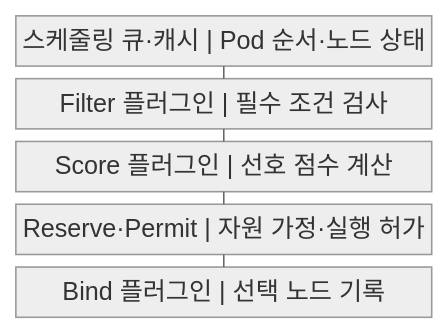
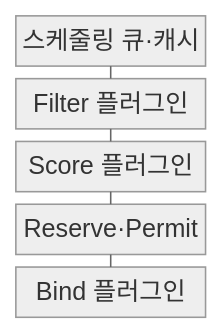
The first of 2 diagrams in src/content/docs/notes/03-software/154_kubernetes_pod_scheduling.md (agnusdei1207/knowledge-base), drawn with Mermaid (neutral theme) before and after one commit. The commit also changed other lines of this file and 238 other files, not shown here.

````diff
--- a/src/content/docs/notes/03-software/154_kubernetes_pod_scheduling.md
+++ b/src/content/docs/notes/03-software/154_kubernetes_pod_scheduling.md
@@ -56,13 +56,13 @@
 ```mermaid
-block
+block-beta
     columns 1
-    A["스케줄링 큐·캐시 | Pod 순서·노드 상태"]
-    B["Filter 플러그인 | 필수 조건 검사"]
-    C["Score 플러그인 | 선호 점수 계산"]
-    D["Reserve·Permit | 자원 가정·실행 허가"]
-    E["Bind 플러그인 | 선택 노드 기록"]
+    A["스케줄링 큐·캐시"]
+    B["Filter 플러그인"]
+    C["Score 플러그인"]
+    D["Reserve·Permit"]
+    E["Bind 플러그인"]
     A --- B
     B --- C
     C --- D
     D --- E
 ```
````
